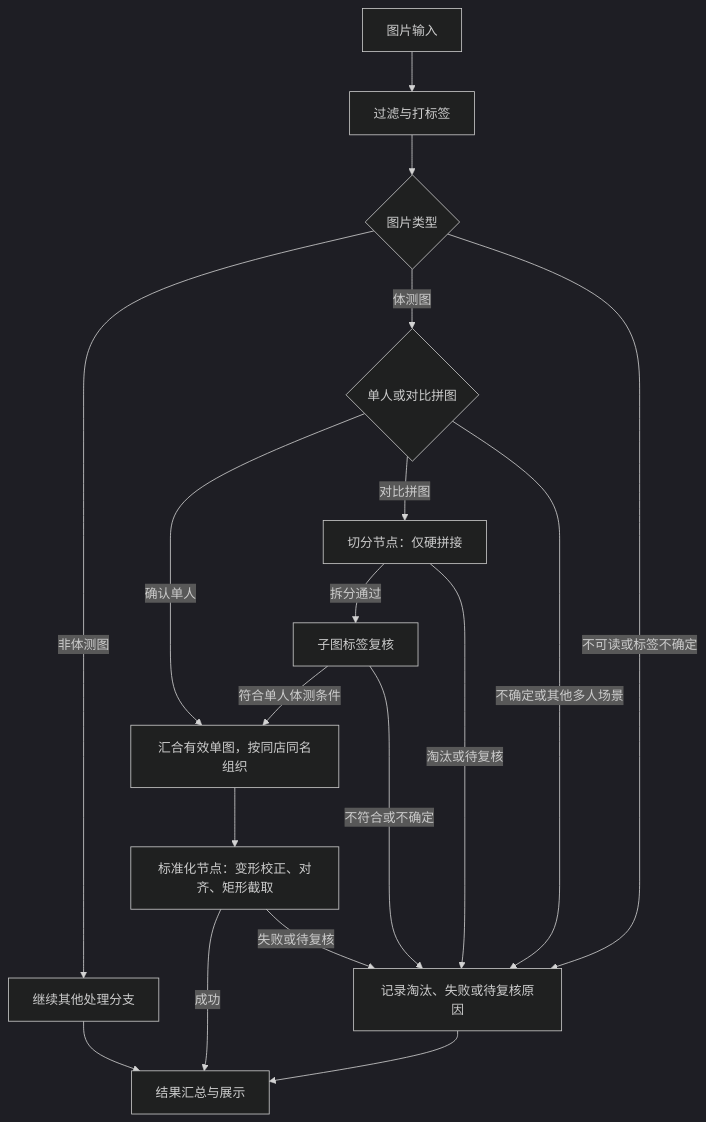
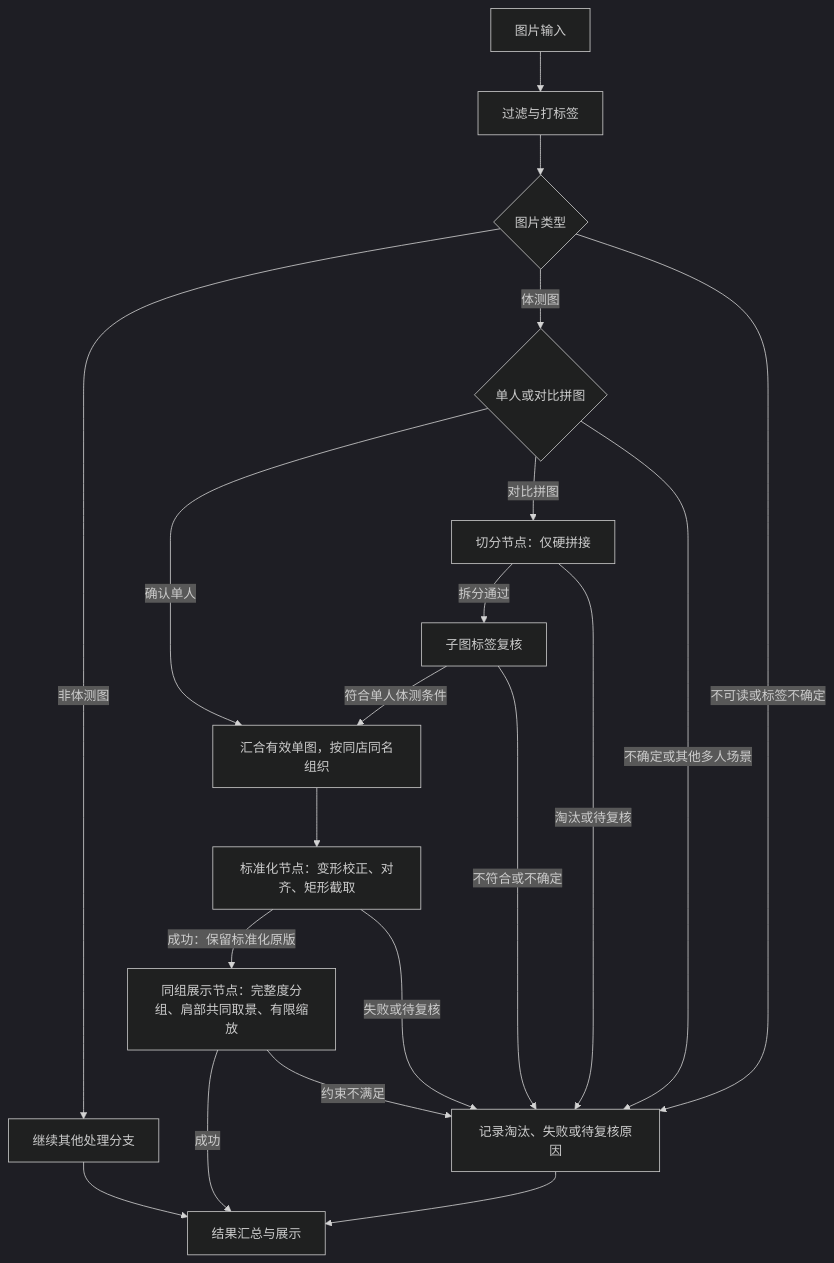
Before and after one commit to zmdo/smart-pos: the diagram in docs/workflows/body-scan-processing.md, drawn with Mermaid (dark theme). The commit also changed other lines of this file and 17 other files, not shown here.

````diff
--- a/docs/workflows/body-scan-processing.md
+++ b/docs/workflows/body-scan-processing.md
@@ -18,20 +19,22 @@
 ```mermaid
 flowchart TD
     A[图片输入] --> B[过滤与打标签]
     B --> C{图片类型}
     C -->|非体测图| O[继续其他处理分支]
     C -->|体测图| D{单人或对比拼图}
     C -->|不可读或标签不确定| X[记录淘汰、失败或待复核原因]
     D -->|确认单人| M[汇合有效单图，按同店同名组织]
     D -->|对比拼图| P[切分节点：仅硬拼接]
     D -->|不确定或其他多人场景| X
     P -->|拆分通过| F[子图标签复核]
     P -->|淘汰或待复核| X
     F -->|符合单人体测条件| M
     F -->|不符合或不确定| X
     M --> S[标准化节点：变形校正、对齐、矩形截取]
-    S -->|成功| R[结果汇总与展示]
+    S -->|成功：保留标准化原版| G[同组展示节点：完整度分组、肩部共同取景、有限缩放]
+    G -->|成功| R[结果汇总与展示]
+    G -->|约束不满足| X
     S -->|失败或待复核| X
     O --> R
     X --> R
 ```
````
